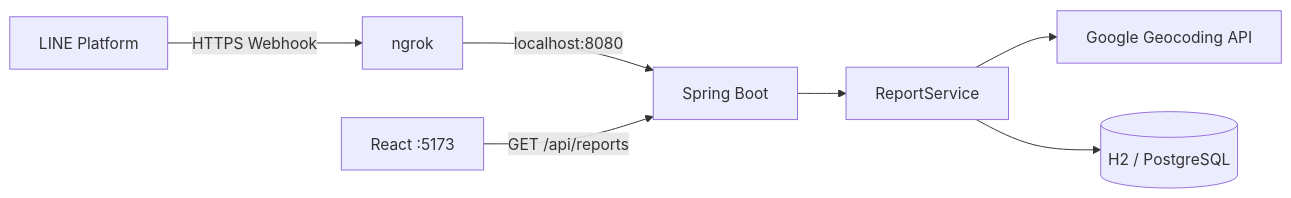
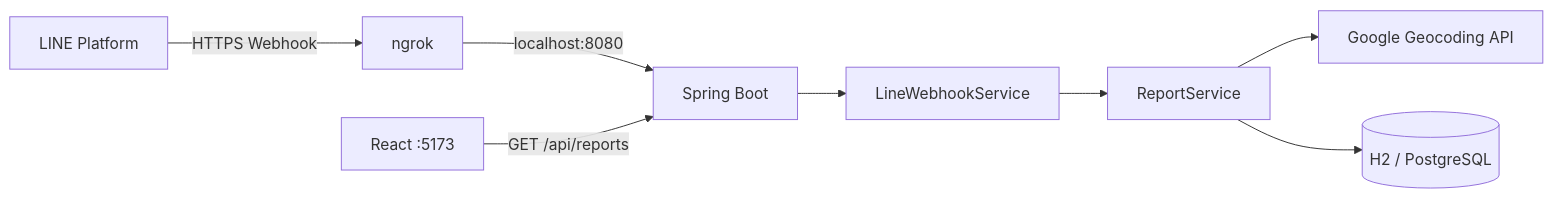
One commit to TBan34/Suspicious-Person-Map changed the diagram in docs/integrations/line-messaging-api.md. Above: the diagram before and after it, drawn with Mermaid. The commit also changed other lines of this file and 5 other files, not shown here.

````diff
--- a/docs/integrations/line-messaging-api.md
+++ b/docs/integrations/line-messaging-api.md
@@ -11,9 +11,10 @@
 ```mermaid
 flowchart LR
     line[LINE Platform] -->|HTTPS Webhook| ngrok[ngrok]
     ngrok -->|localhost:8080| backend[Spring Boot]
-    backend --> service[ReportService]
+    backend --> webhookService[LineWebhookService]
+    webhookService --> service[ReportService]
     service --> geocoding[Google Geocoding API]
     service --> db[(H2 / PostgreSQL)]
     frontend[React :5173] -->|GET /api/reports| backend
 ```
````
